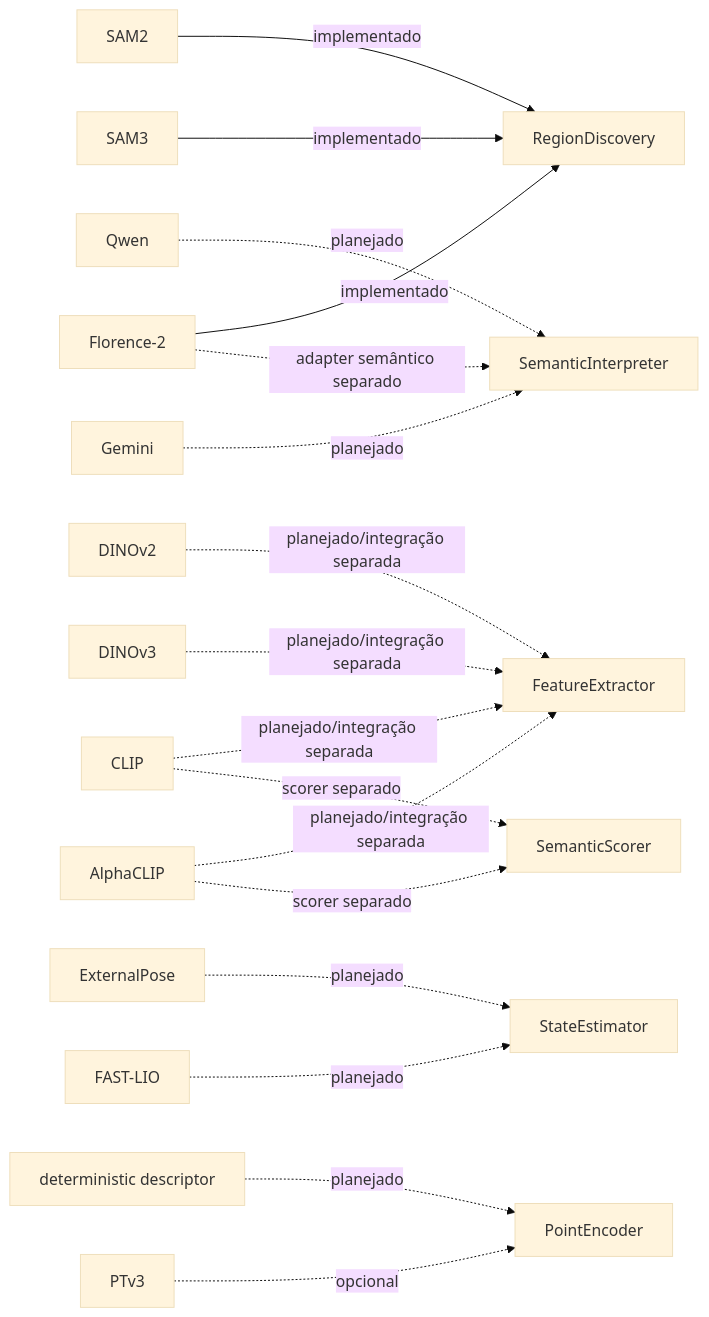
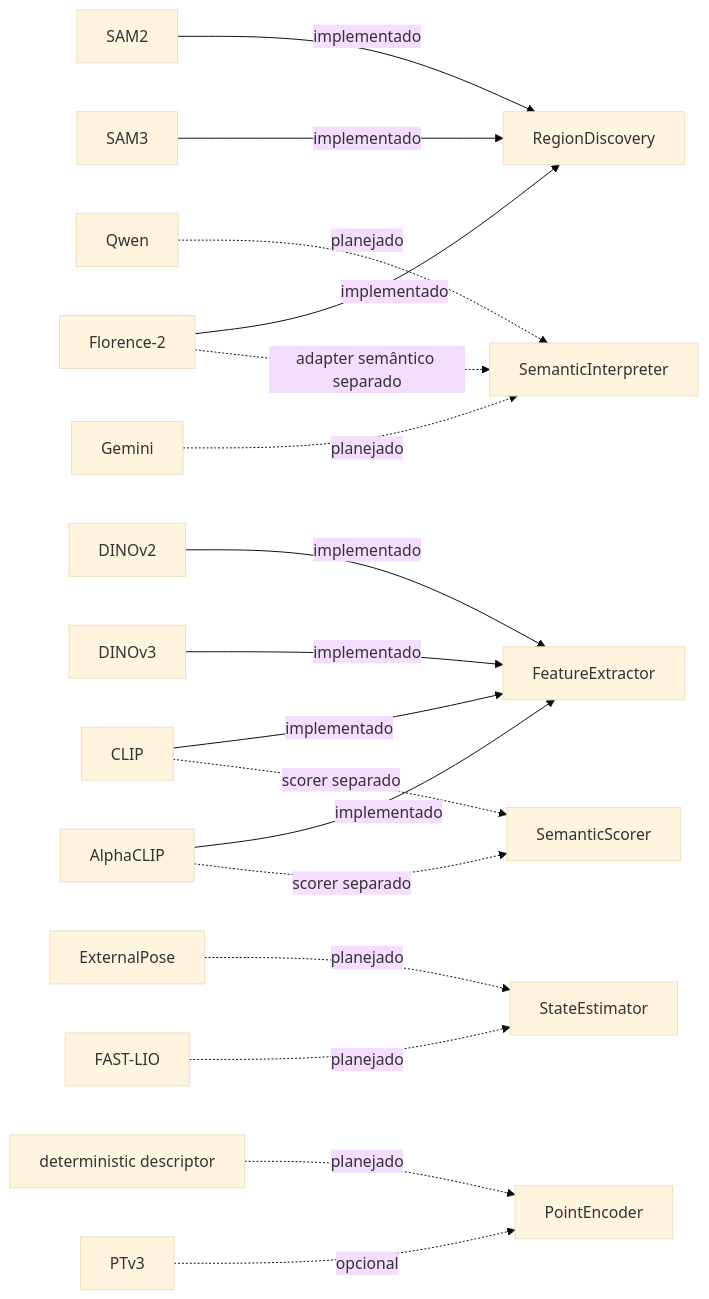
One commit to Alexandre-Tortoza/contextmap2 changed the fourth of 7 diagrams in docs/architecture.md. Above: the diagram before and after it, drawn with Mermaid (base theme). The commit also changed other lines of this file and 9 other files, not shown here.

````diff
--- a/docs/architecture.md
+++ b/docs/architecture.md
@@ -253,27 +253,27 @@
 ```mermaid
 flowchart LR
     RD["RegionDiscovery"]
     FE["FeatureExtractor"]
     SI["SemanticInterpreter"]
     SS["SemanticScorer"]
     SE["StateEstimator"]
     PE["PointEncoder"]
 
     SAM2["SAM2"] -->|implementado| RD
     SAM3["SAM3"] -->|implementado| RD
     F2["Florence-2"] -->|implementado| RD
 
-    D2["DINOv2"] -. planejado/integração separada .-> FE
-    D3["DINOv3"] -. planejado/integração separada .-> FE
-    CLIP["CLIP"] -. planejado/integração separada .-> FE
-    ACLIP["AlphaCLIP"] -. planejado/integração separada .-> FE
+    D2["DINOv2"] -->|implementado| FE
+    D3["DINOv3"] -->|implementado| FE
+    CLIP["CLIP"] -->|implementado| FE
+    ACLIP["AlphaCLIP"] -->|implementado| FE
     Q["Qwen"] -. planejado .-> SI
     G["Gemini"] -. planejado .-> SI
     F2 -. adapter semântico separado .-> SI
     CLIP -. scorer separado .-> SS
     ACLIP -. scorer separado .-> SS
     EXT["ExternalPose"] -. planejado .-> SE
     FL["FAST-LIO"] -. planejado .-> SE
     DET["deterministic descriptor"] -. planejado .-> PE
     PT["PTv3"] -. opcional .-> PE
 ```
````
